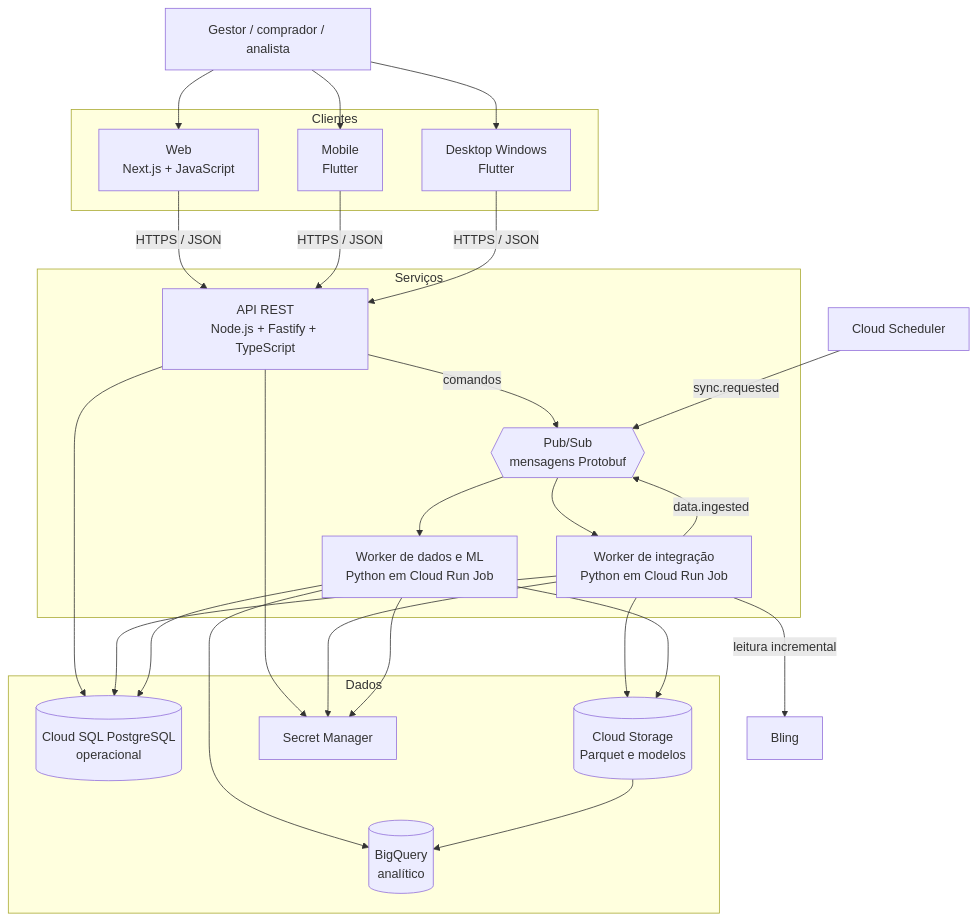
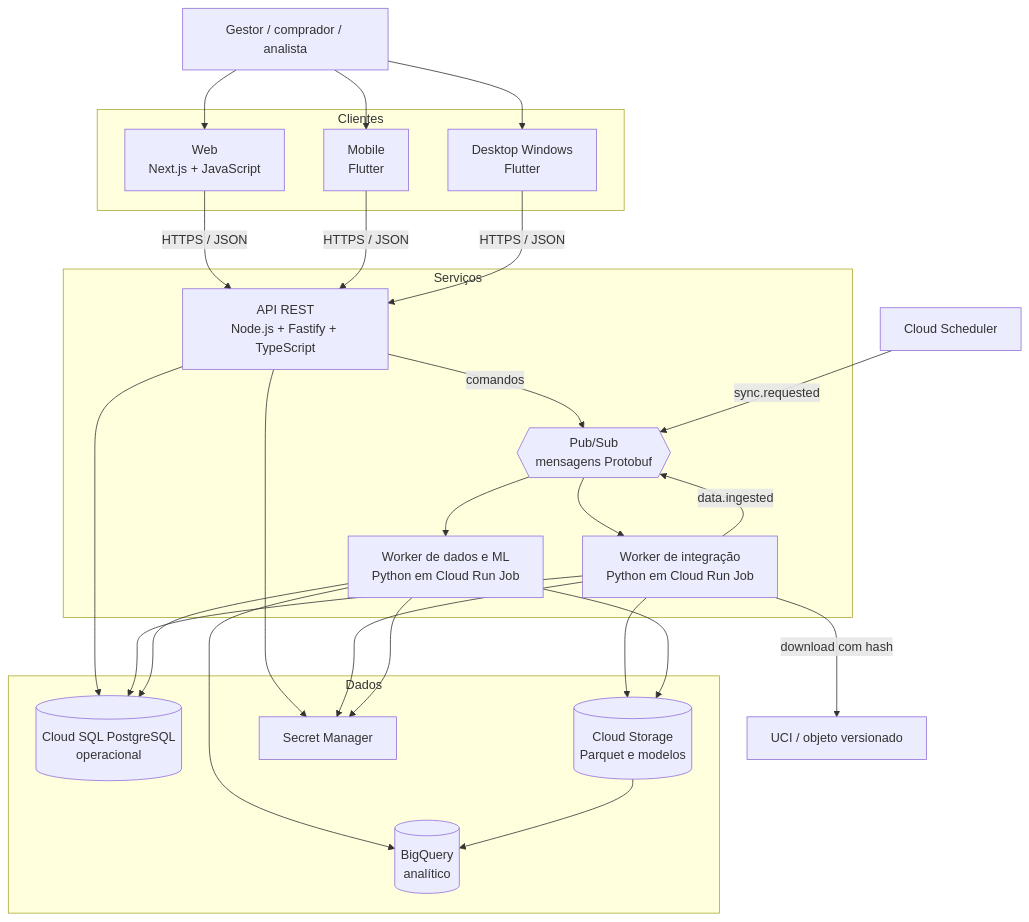
Before and after one commit to FatecFranca/DSM-G05-PI6-2026-2: the second of 3 diagrams in docs/02-modelagem-e-arquitetura.md, drawn with Mermaid. The commit also changed other lines of this file and 49 other files, not shown here.

Commit message:
feat(data): substitui Bling por pipeline UCI com IA e mensageria

````diff
--- a/docs/02-modelagem-e-arquitetura.md
+++ b/docs/02-modelagem-e-arquitetura.md
@@ -43,49 +43,49 @@
 ```mermaid
 flowchart TB
     user[Gestor / comprador / analista]
-    bling[Bling]
+    dataset[UCI / objeto versionado]
     scheduler[Cloud Scheduler]
 
     subgraph clients[Clientes]
         web[Web\nNext.js + JavaScript]
         mobile[Mobile\nFlutter]
         desktop[Desktop Windows\nFlutter]
     end
 
     subgraph services[Serviços]
         api[API REST\nNode.js + Fastify + TypeScript]
         integration[Worker de integração\nPython em Cloud Run Job]
         ml[Worker de dados e ML\nPython em Cloud Run Job]
         broker{{Pub/Sub\nmensagens Protobuf}}
     end
 
     subgraph data[Dados]
         postgres[(Cloud SQL PostgreSQL\noperacional)]
         bucket[(Cloud Storage\nParquet e modelos)]
         bigquery[(BigQuery\nanalítico)]
         secrets[Secret Manager]
     end
 
     user --> web
     user --> mobile
     user --> desktop
     web -->|HTTPS / JSON| api
     mobile -->|HTTPS / JSON| api
     desktop -->|HTTPS / JSON| api
     api --> postgres
     api --> secrets
     api -->|comandos| broker
     scheduler -->|sync.requested| broker
     broker --> integration
-    integration -->|leitura incremental| bling
+    integration -->|download com hash| dataset
     integration --> postgres
     integration --> bucket
     integration -->|data.ingested| broker
     broker --> ml
     ml --> bigquery
     ml --> bucket
     ml --> postgres
     integration --> secrets
     ml --> secrets
     bucket --> bigquery
 ```
````
